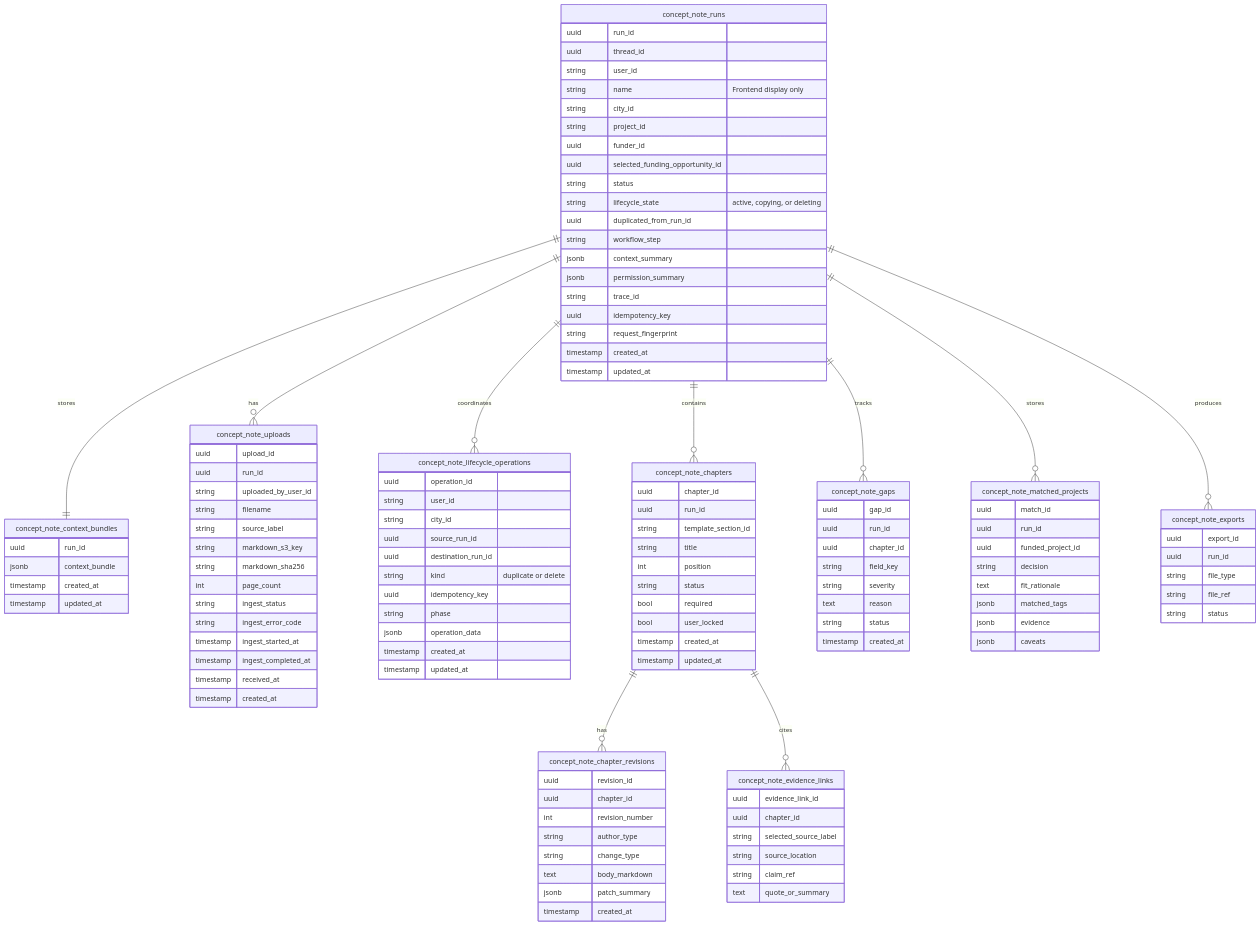
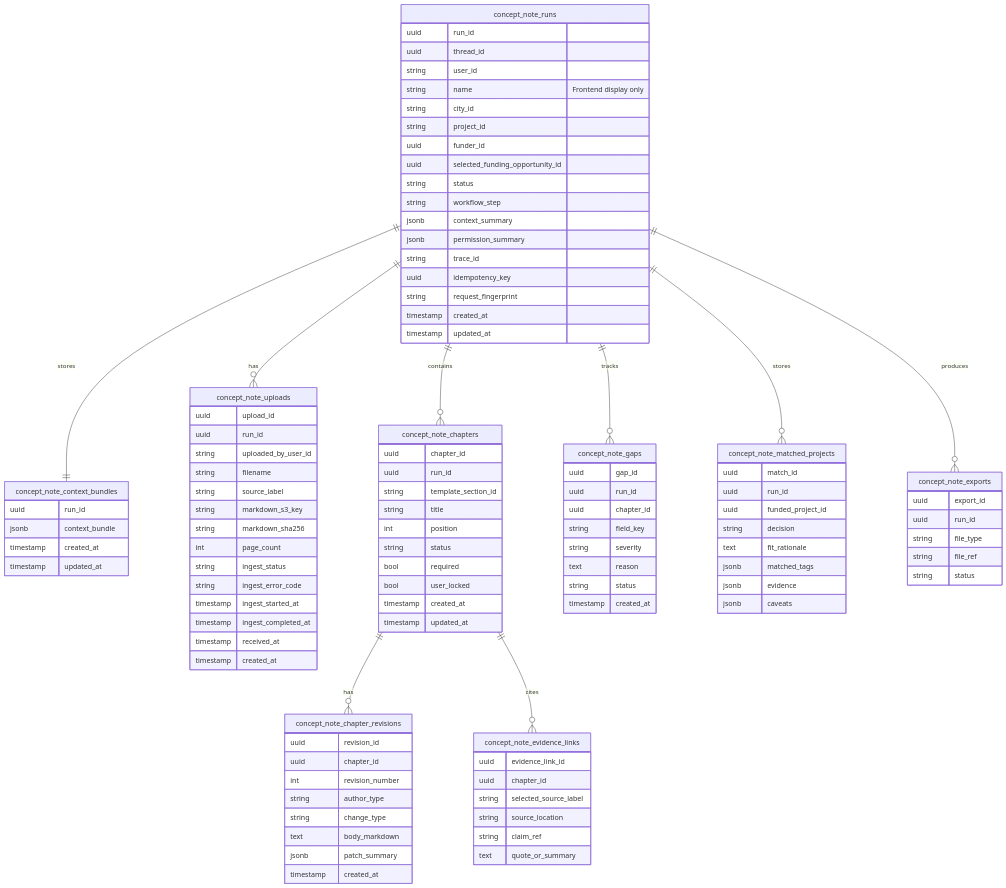
The sixth of 14 diagrams in docs/ConceptNoteBuilderArchitecture.md (Open-Earth-Foundation/CityCatalyst), drawn with Mermaid before and after one commit. The commit also changed other lines of this file and 19 other files, not shown here.

Commit message:
refactor(cnb): simplify concept note lifecycle

```diff
--- a/docs/ConceptNoteBuilderArchitecture.md
+++ b/docs/ConceptNoteBuilderArchitecture.md
@@ -796,7 +796,6 @@
 erDiagram
     concept_note_runs ||--|| concept_note_context_bundles : "stores"
     concept_note_runs ||--o{ concept_note_uploads : "has"
-    concept_note_runs ||--o{ concept_note_lifecycle_operations : "coordinates"
     concept_note_runs ||--o{ concept_note_chapters : "contains"
     concept_note_runs ||--o{ concept_note_gaps : "tracks"
     concept_note_runs ||--o{ concept_note_matched_projects : "stores"
@@ -814,8 +813,6 @@
         uuid funder_id
         uuid selected_funding_opportunity_id
         string status
-        string lifecycle_state "active, copying, or deleting"
-        uuid duplicated_from_run_id
         string workflow_step
         jsonb context_summary
         jsonb permission_summary
@@ -846,20 +843,6 @@
     concept_note_context_bundles {
         uuid run_id
         jsonb context_bundle
-        timestamp created_at
-        timestamp updated_at
-    }
-
-    concept_note_lifecycle_operations {
-        uuid operation_id
-        string user_id
-        string city_id
-        uuid source_run_id
-        uuid destination_run_id
-        string kind "duplicate or delete"
-        uuid idempotency_key
-        string phase
-        jsonb operation_data
         timestamp created_at
         timestamp updated_at
     }
```
